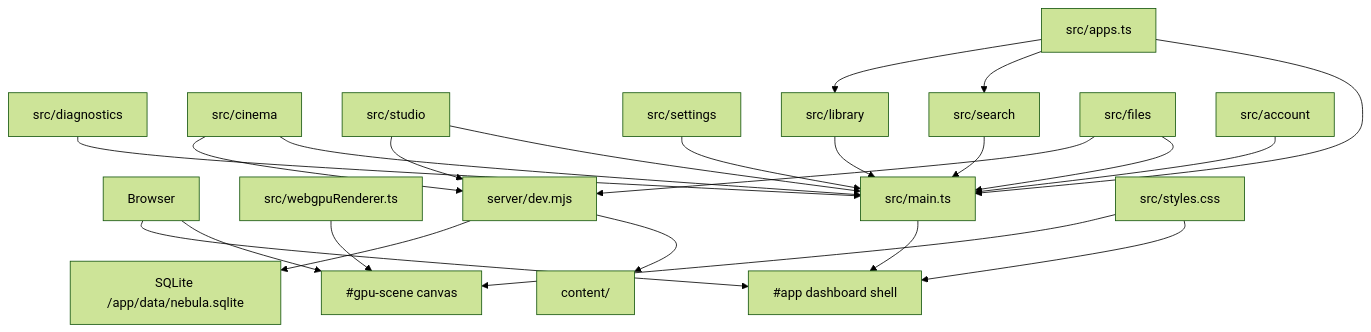
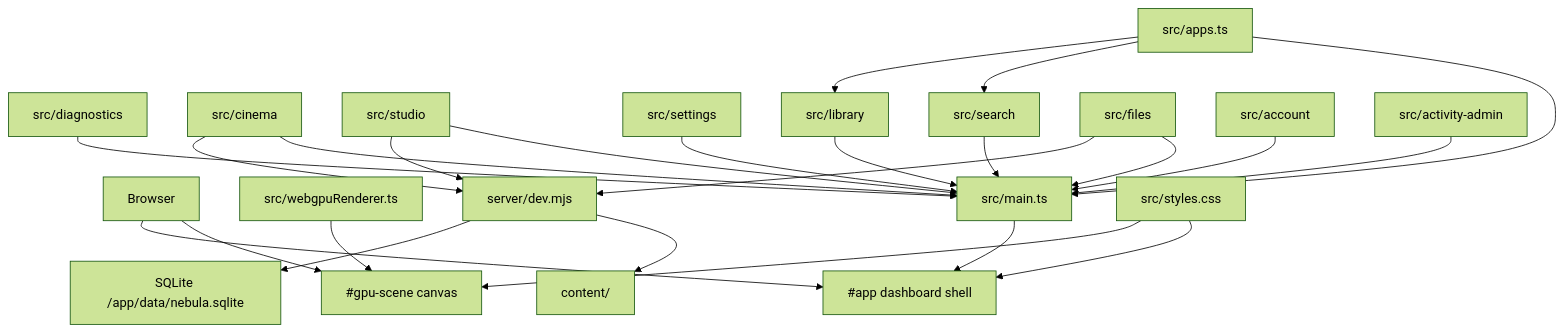
Before and after one commit to jost-aaron/nebula: the diagram in docs/architecture.md, drawn with Mermaid (forest theme). The commit also changed other lines of this file and 26 other files, not shown here.

````diff
--- a/docs/architecture.md
+++ b/docs/architecture.md
@@ -8,44 +8,46 @@
 ```mermaid
 flowchart TD
   Browser["Browser"]
   Canvas["#gpu-scene canvas"]
   Shell["#app dashboard shell"]
   Renderer["src/webgpuRenderer.ts"]
   Main["src/main.ts"]
   Registry["src/apps.ts"]
   Diagnostics["src/diagnostics"]
   Cinema["src/cinema"]
   Studio["src/studio"]
   Settings["src/settings"]
   Search["src/search"]
   Library["src/library"]
   Files["src/files"]
   Account["src/account"]
+  Activity["src/activity-admin"]
   Server["server/dev.mjs"]
   Content["content/"]
   AccountStore["SQLite /app/data/nebula.sqlite"]
   Styles["src/styles.css"]
 
   Browser --> Canvas
   Browser --> Shell
   Renderer --> Canvas
   Main --> Shell
   Registry --> Main
   Diagnostics --> Main
   Cinema --> Main
   Studio --> Main
   Settings --> Main
   Search --> Main
   Library --> Main
   Files --> Main
   Account --> Main
+  Activity --> Main
   Registry --> Search
   Registry --> Library
   Server --> Content
   Server --> AccountStore
   Files --> Server
   Cinema --> Server
   Studio --> Server
   Styles --> Shell
   Styles --> Canvas
 ```
````
